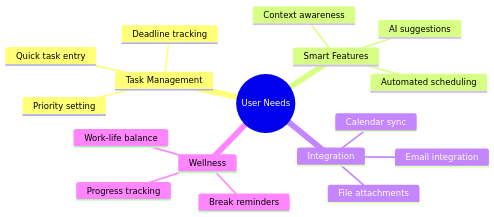
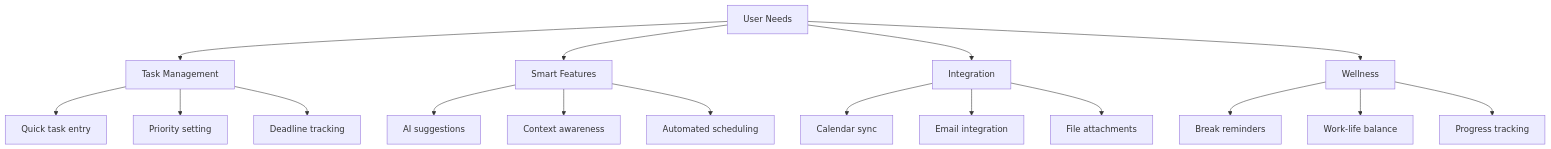
The fifth of 33 diagrams in report/preliminary_report.md (MrABKhan/TaskEase_CM_3070), drawn with Mermaid before and after one commit. The commit also changed other lines of this file and 1 other file, not shown here.

````diff
--- a/report/preliminary_report.md
+++ b/report/preliminary_report.md
@@ -593,20 +592,23 @@
 ```mermaid
-mindmap
-    root((User Needs))
-        Task Management
-            Quick task entry
-            Priority setting
-            Deadline tracking
-        Smart Features
-            AI suggestions
-            Context awareness
-            Automated scheduling
-        Integration
-            Calendar sync
-            Email integration
-            File attachments
-        Wellness
-            Break reminders
-            Work-life balance
-            Progress tracking
+graph TD
+    A[User Needs] --> B[Task Management]
+    A --> C[Smart Features]
+    A --> D[Integration]
+    A --> E[Wellness]
+    
+    B --> B1[Quick task entry]
+    B --> B2[Priority setting]
+    B --> B3[Deadline tracking]
+    
+    C --> C1[AI suggestions]
+    C --> C2[Context awareness]
+    C --> C3[Automated scheduling]
+    
+    D --> D1[Calendar sync]
+    D --> D2[Email integration]
+    D --> D3[File attachments]
+    
+    E --> E1[Break reminders]
+    E --> E2[Work-life balance]
+    E --> E3[Progress tracking]
 ```
````
